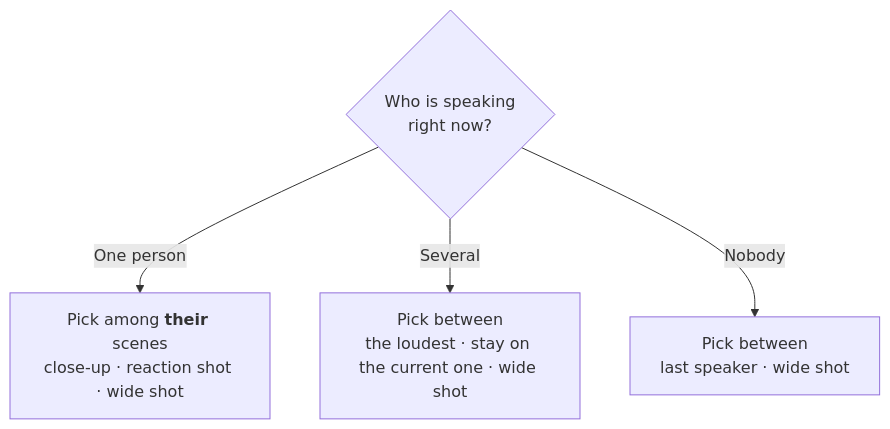
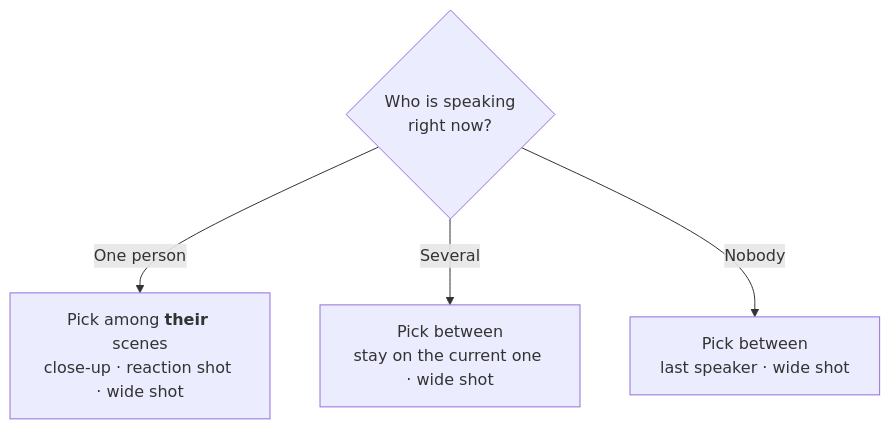
The diagram in README.md (DavidClaudeAI/Flowspire), drawn with Mermaid before and after one commit. The commit also changed other lines of this file and 7 other files, not shown here.

````diff
--- a/README.md
+++ b/README.md
@@ -83,7 +83,7 @@
 ```mermaid
 flowchart TD
     Q{"Who is speaking<br/>right now?"}
     Q -->|One person| P1["Pick among <b>their</b> scenes<br/>close-up · reaction shot · wide shot"]
-    Q -->|Several| P2["Pick between<br/>the loudest · stay on the current one · wide shot"]
+    Q -->|Several| P2["Pick between<br/>stay on the current one · wide shot"]
     Q -->|Nobody| P3["Pick between<br/>last speaker · wide shot"]
 ```
````
